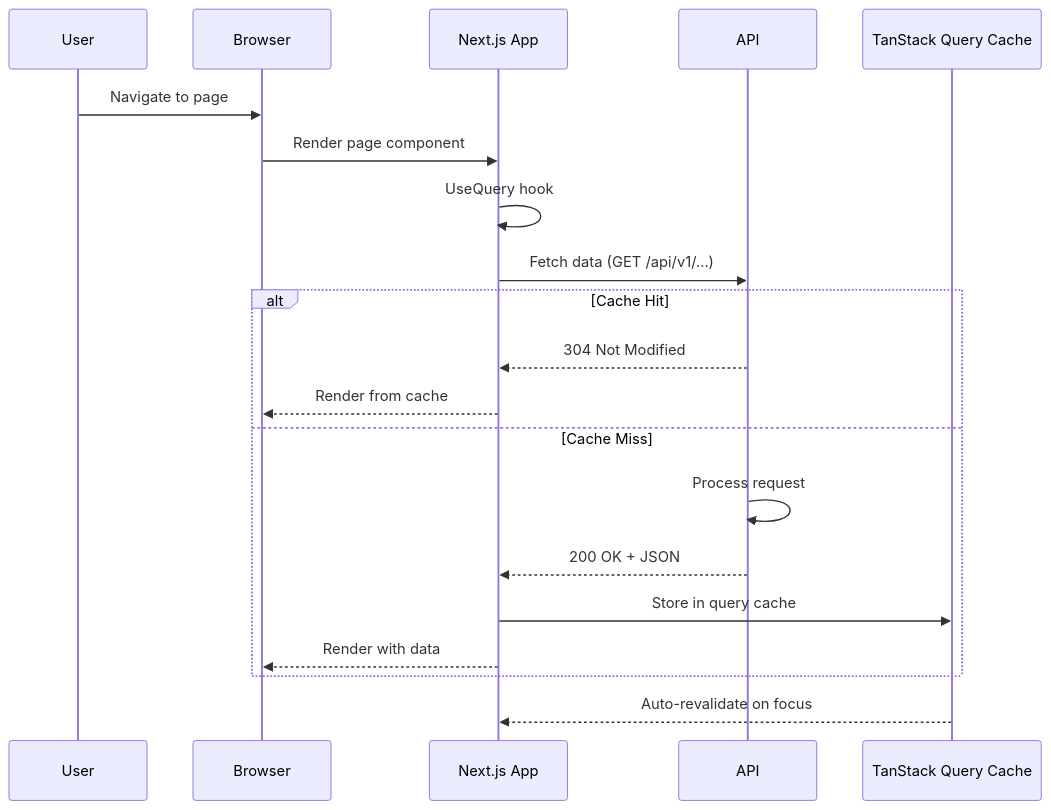
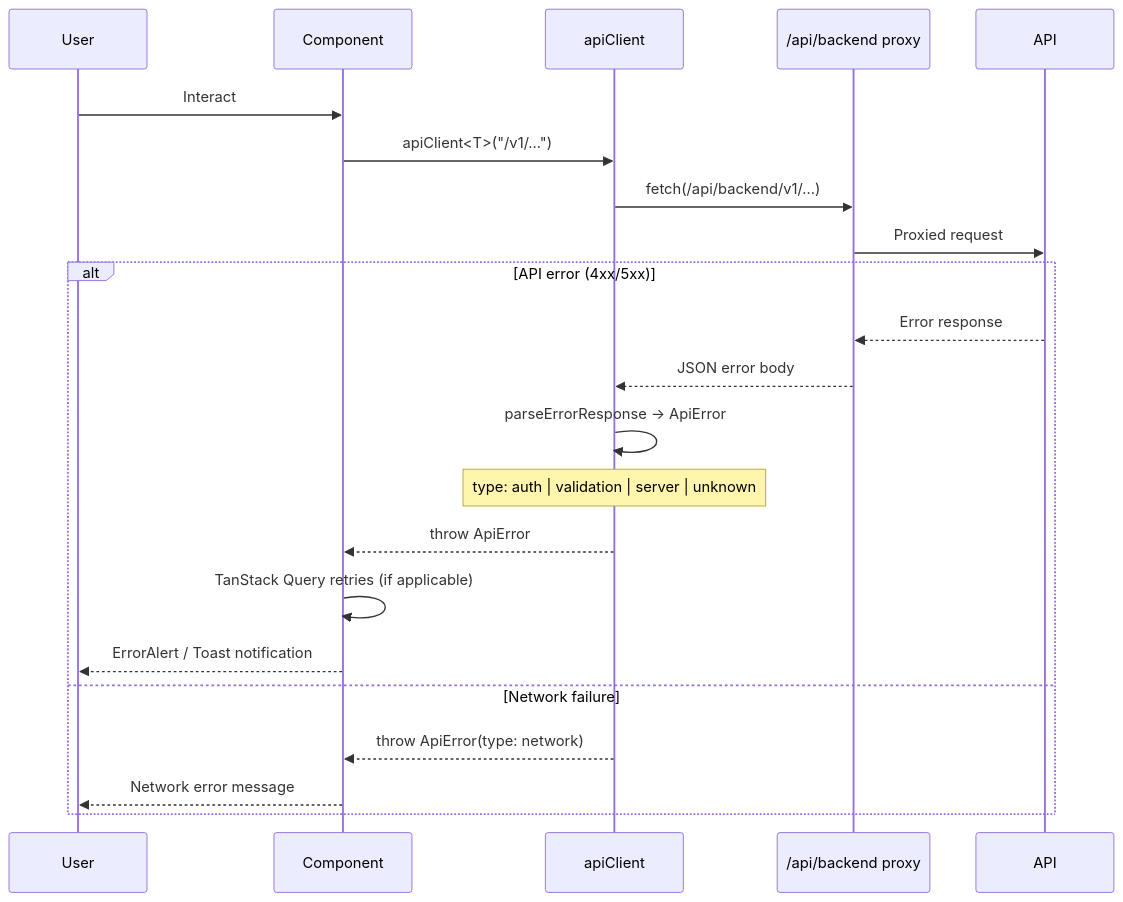
Diagram 11 of 12 in docs/architecture/02-web-frontend.md (doitsu2014/crypto-pocket-butler), drawn with Mermaid before and after one commit. The commit also changed other lines of this file and 28 other files, not shown here.

Commit message:
Add project documentation templates and enhance architecture documentation (#183)

````diff
--- a/docs/architecture/02-web-frontend.md
+++ b/docs/architecture/02-web-frontend.md
@@ -167,25 +297,26 @@
 ```mermaid
 sequenceDiagram
     participant User
-    participant Browser
-    participant Nextjs as Next.js App
+    participant Component
+    participant apiClient
+    participant Proxy as /api/backend proxy
     participant API
-    participant Cache as TanStack Query Cache
 
-    User->>Browser: Navigate to page
-    Browser->>Nextjs: Render page component
-    Nextjs->>Nextjs: UseQuery hook
-    Nextjs->>API: Fetch data (GET /api/v1/...)
-    
-    alt Cache Hit
-        API-->>Nextjs: 304 Not Modified
-        Nextjs-->>Browser: Render from cache
-    else Cache Miss
-        API->>API: Process request
-        API-->>Nextjs: 200 OK + JSON
-        Nextjs->>Cache: Store in query cache
-        Nextjs-->>Browser: Render with data
+    User->>Component: Interact
+    Component->>apiClient: apiClient<T>("/v1/...")
+    apiClient->>Proxy: fetch(/api/backend/v1/...)
+    Proxy->>API: Proxied request
+
+    alt API error (4xx/5xx)
+        API-->>Proxy: Error response
+        Proxy-->>apiClient: JSON error body
+        apiClient->>apiClient: parseErrorResponse → ApiError
+        Note over apiClient: type: auth | validation | server | unknown
+        apiClient-->>Component: throw ApiError
+        Component->>Component: TanStack Query retries (if applicable)
+        Component-->>User: ErrorAlert / Toast notification
+    else Network failure
+        apiClient-->>Component: throw ApiError(type: network)
+        Component-->>User: Network error message
     end
-    
-    Cache-->>Nextjs: Auto-revalidate on focus
 ```
````
